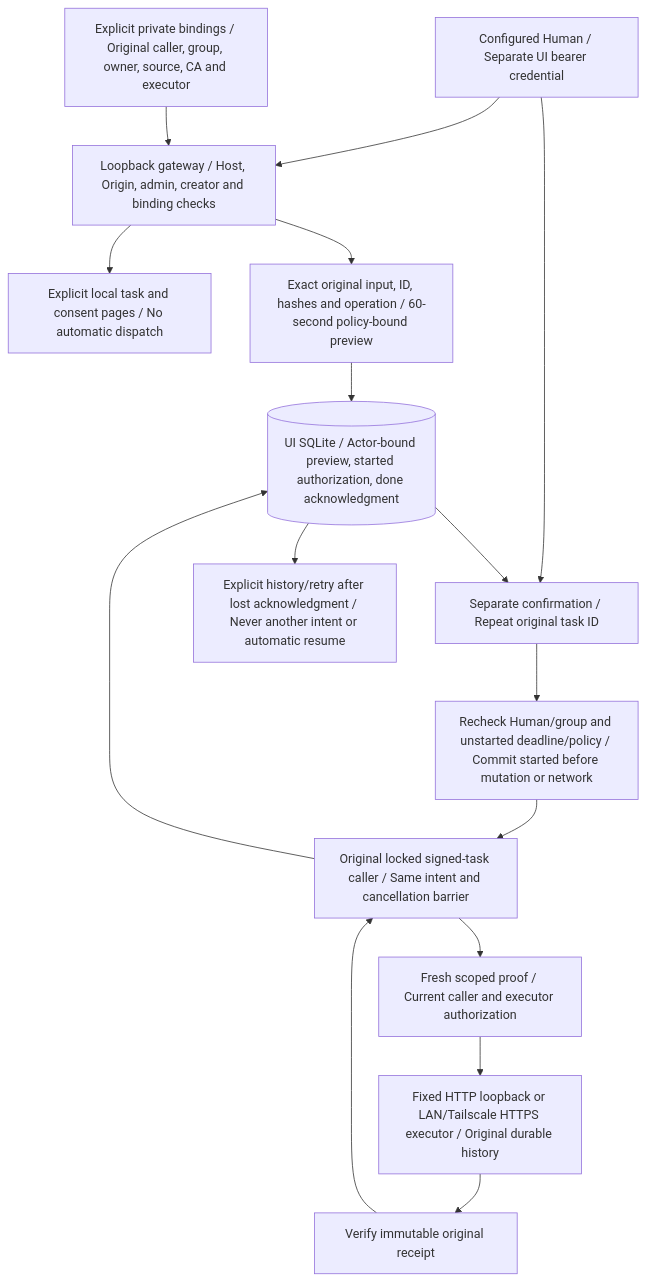
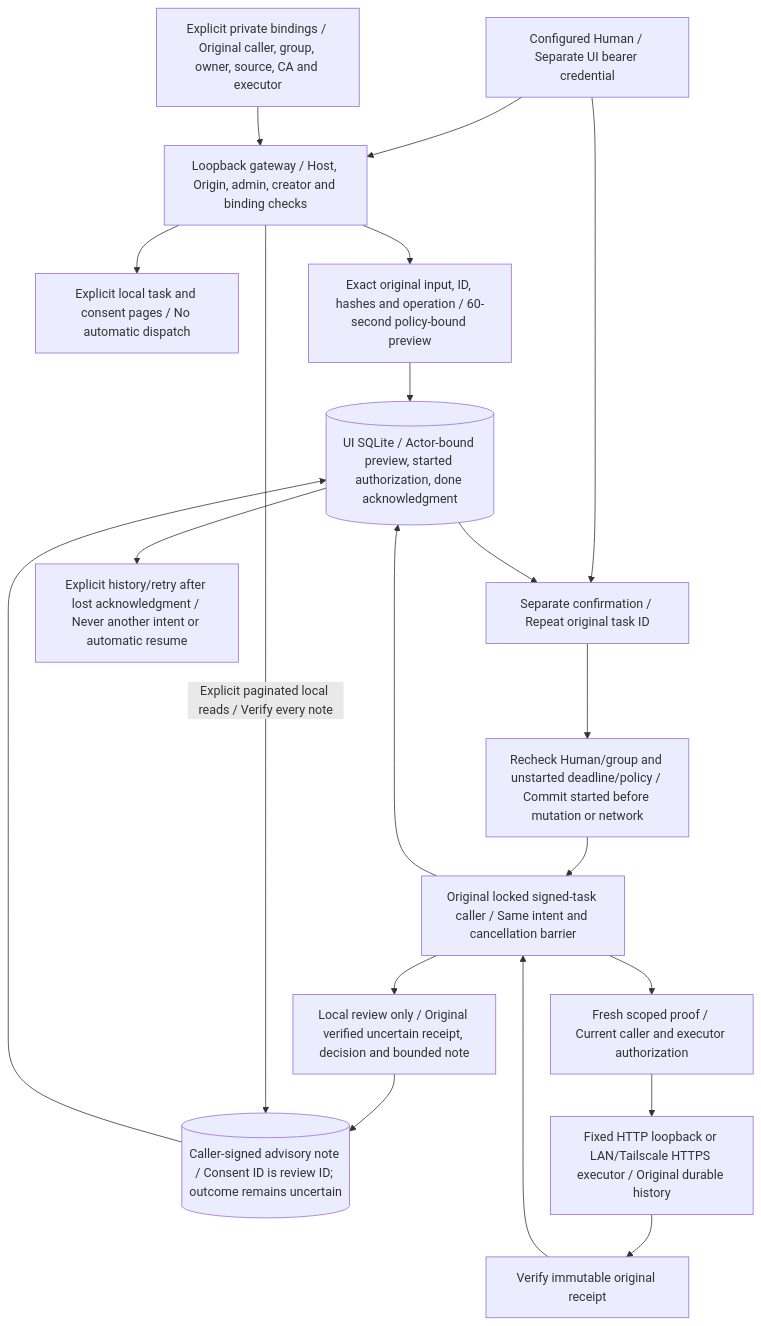
One commit to lgdu/tailnet-agents changed diagram 17 of 18 in docs/architecture.md. Above: the diagram before and after it, drawn with Mermaid. The commit also changed other lines of this file and 19 other files, not shown here.

````diff
--- a/docs/architecture.md
+++ b/docs/architecture.md
@@ -910,18 +914,22 @@
 ```mermaid
 flowchart TB
   HUMAN["Configured Human / Separate UI bearer credential"] --> ACCESS["Loopback gateway / Host, Origin, admin, creator and binding checks"]
   CONFIG["Explicit private bindings / Original caller, group, owner, source, CA and executor"] --> ACCESS
   ACCESS --> LOCAL["Explicit local task and consent pages / No automatic dispatch"]
   ACCESS --> PREVIEW["Exact original input, ID, hashes and operation / 60-second policy-bound preview"]
   PREVIEW --> CONSENT[("UI SQLite / Actor-bound preview, started authorization, done acknowledgment")]
   HUMAN --> CONFIRM["Separate confirmation / Repeat original task ID"]
   CONSENT --> CONFIRM
   CONFIRM --> CHECK["Recheck Human/group and unstarted deadline/policy / Commit started before mutation or network"]
   CHECK --> CALLER["Original locked signed-task caller / Same intent and cancellation barrier"]
   CALLER --> PROOF["Fresh scoped proof / Current caller and executor authorization"]
+  CALLER --> REVIEW["Local review only / Original verified uncertain receipt, decision and bounded note"]
+  REVIEW --> NOTES[("Caller-signed advisory note / Consent ID is review ID; outcome remains uncertain")]
+  NOTES --> CONSENT
+  ACCESS -->|"Explicit paginated local reads / Verify every note"| NOTES
   PROOF --> EXEC["Fixed HTTP loopback or LAN/Tailscale HTTPS executor / Original durable history"]
   EXEC --> RECEIPT["Verify immutable original receipt"]
   RECEIPT --> CALLER
   CALLER --> CONSENT
   CONSENT --> RECOVER["Explicit history/retry after lost acknowledgment / Never another intent or automatic resume"]
 ```
````
